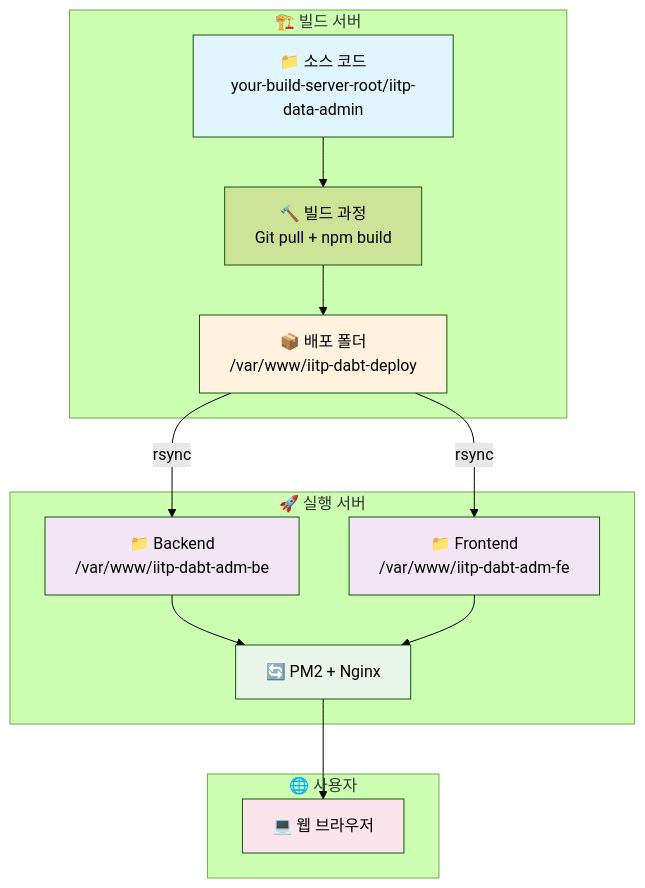
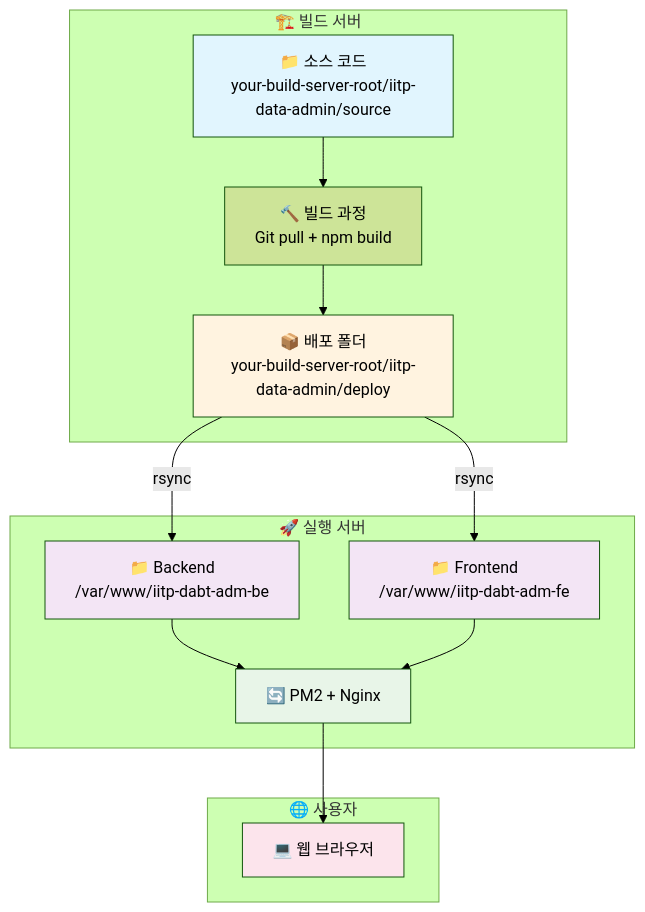
One commit to sweetk-dev/05-IITP-DABT-Admin changed the fourth of 8 diagrams in script/README-SERVER-DEPLOYMENT.md. Above: the diagram before and after it, drawn with Mermaid (forest theme). The commit also changed other lines of this file and 9 other files, not shown here.

````diff
--- a/script/README-SERVER-DEPLOYMENT.md
+++ b/script/README-SERVER-DEPLOYMENT.md
@@ -64,33 +64,33 @@
 ```mermaid
 graph TB
     subgraph "🏗️ 빌드 서버"
-        A[📁 소스 코드<br/>your-build-server-root/iitp-data-admin]
+        A[📁 소스 코드<br/>your-build-server-root/iitp-data-admin/source]
         B[🔨 빌드 과정<br/>Git pull + npm build]
-        C[📦 배포 폴더<br/>/var/www/iitp-dabt-deploy]
+        C[📦 배포 폴더<br/>your-build-server-root/iitp-data-admin/deploy]
     end
     
     subgraph "🚀 실행 서버"
         D[📁 Backend<br/>/var/www/iitp-dabt-adm-be]
         E[📁 Frontend<br/>/var/www/iitp-dabt-adm-fe]
         F[🔄 PM2 + Nginx]
     end
     
     subgraph "🌐 사용자"
         G[💻 웹 브라우저]
     end
     
     A --> B
     B --> C
     C -->|rsync| D
     C -->|rsync| E
     D --> F
     E --> F
     F --> G
     
     style A fill:#e1f5fe
     style C fill:#fff3e0
     style D fill:#f3e5f5
     style E fill:#f3e5f5
     style F fill:#e8f5e8
     style G fill:#fce4ec
 ```
````
